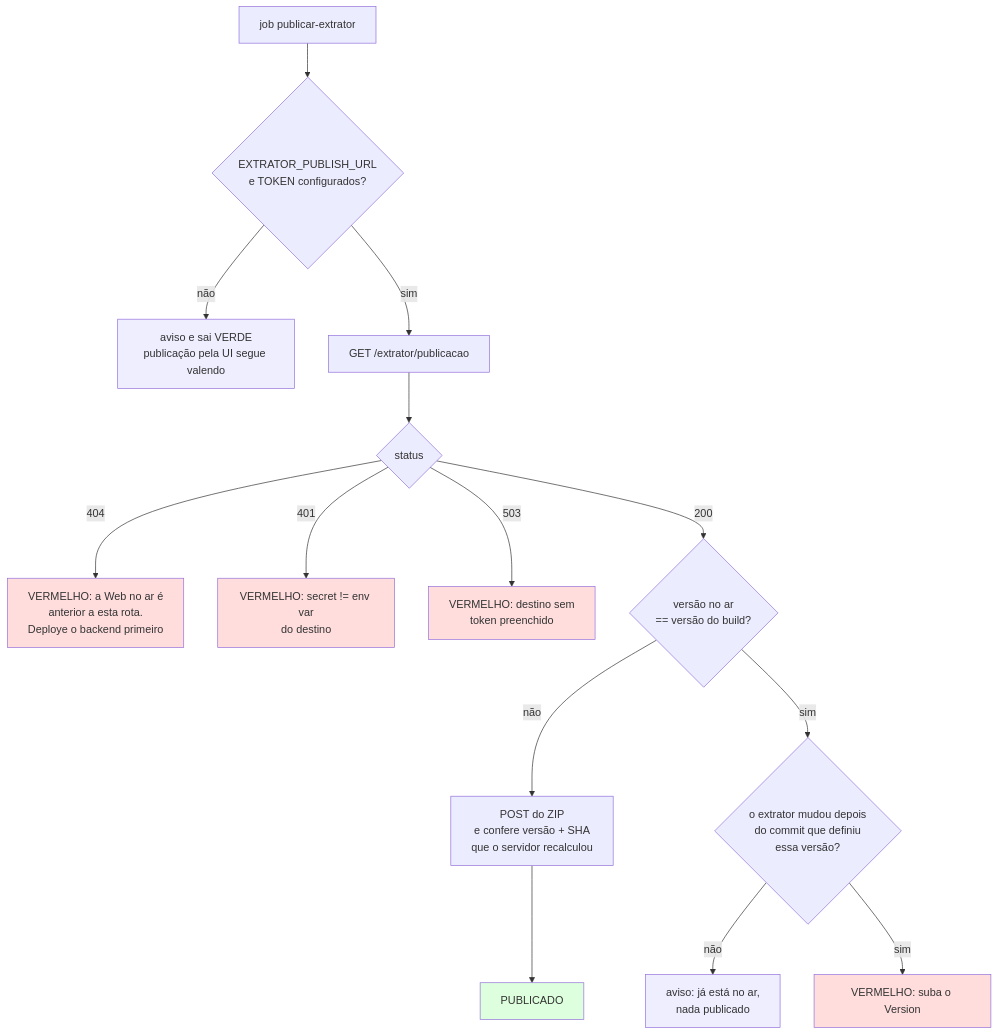
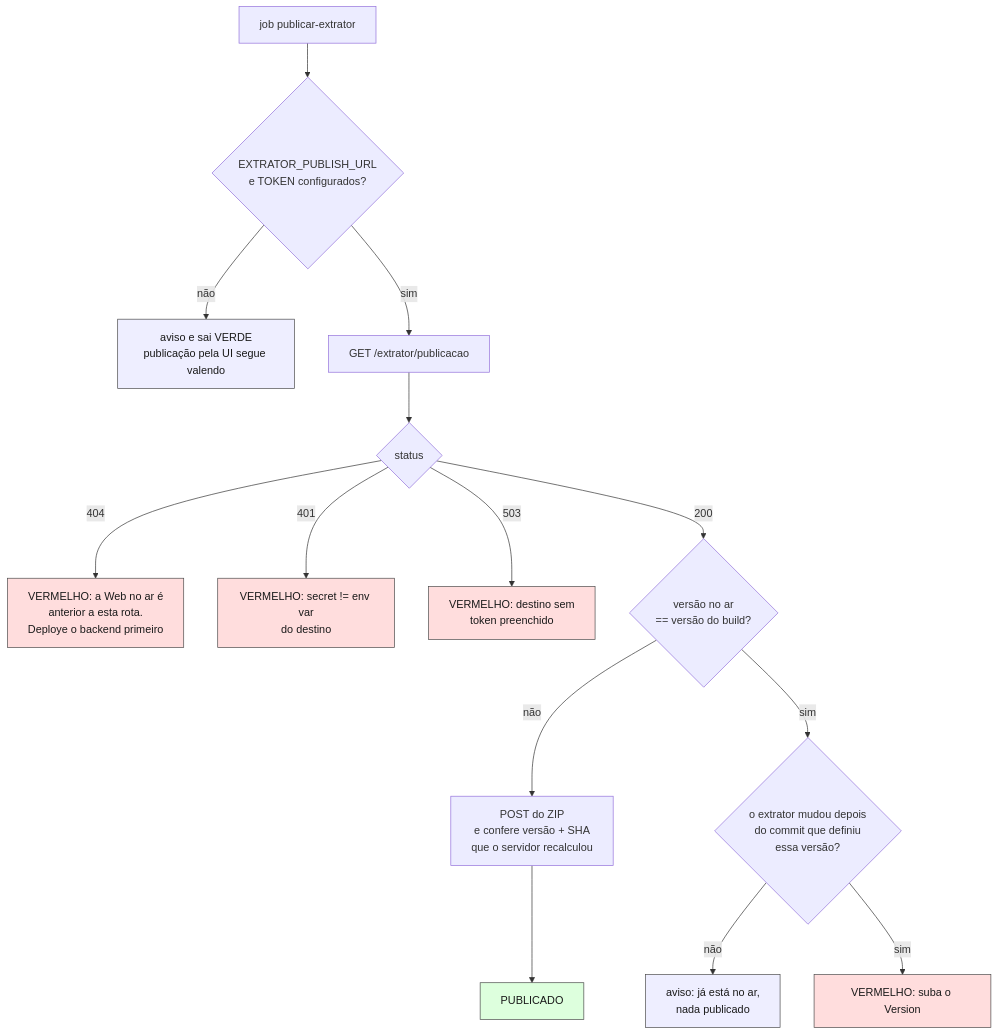
One commit to procfit/MLDemandForcastPOC changed the eighth of 9 diagrams in Docs/fluxo-de-entrega.md. Above: the diagram before and after it, drawn with Mermaid. The commit also changed other lines of this file, not shown here.

First line of the commit message:
fix(docs): pin label color on the styled diagram nodes

````diff
--- a/Docs/fluxo-de-entrega.md
+++ b/Docs/fluxo-de-entrega.md
@@ -238,27 +238,27 @@
 ```mermaid
 flowchart TB
     ST["job publicar-extrator"] --> CFG{"EXTRATOR_PUBLISH_URL<br/>e TOKEN configurados?"}
     CFG -->|não| SKIP["aviso e sai VERDE<br/>publicação pela UI segue valendo"]
     CFG -->|sim| GET["GET /extrator/publicacao"]
 
     GET --> ST404{"status"}
     ST404 -->|"404"| E404["VERMELHO: a Web no ar é<br/>anterior a esta rota.<br/>Deploye o backend primeiro"]
     ST404 -->|"401"| E401["VERMELHO: secret != env var<br/>do destino"]
     ST404 -->|"503"| E503["VERMELHO: destino sem<br/>token preenchido"]
     ST404 -->|"200"| CMP{"versão no ar<br/>== versão do build?"}
 
     CMP -->|"não"| POST["POST do ZIP<br/>e confere versão + SHA<br/>que o servidor recalculou"]
     POST --> DONE["PUBLICADO"]
 
     CMP -->|"sim"| GRD{"o extrator mudou depois<br/>do commit que definiu<br/>essa versão?"}
     GRD -->|"não"| NOP["aviso: já está no ar,<br/>nada publicado"]
     GRD -->|"sim"| EBMP["VERMELHO: suba o Version"]
 
-    style DONE fill:#dfd
-    style SKIP fill:#eef
-    style NOP fill:#eef
-    style EBMP fill:#fdd
-    style E404 fill:#fdd
-    style E401 fill:#fdd
-    style E503 fill:#fdd
+    style DONE fill:#dfd,stroke:#4a4a4a,color:#1a1a1a
+    style SKIP fill:#eef,stroke:#4a4a4a,color:#1a1a1a
+    style NOP fill:#eef,stroke:#4a4a4a,color:#1a1a1a
+    style EBMP fill:#fdd,stroke:#4a4a4a,color:#1a1a1a
+    style E404 fill:#fdd,stroke:#4a4a4a,color:#1a1a1a
+    style E401 fill:#fdd,stroke:#4a4a4a,color:#1a1a1a
+    style E503 fill:#fdd,stroke:#4a4a4a,color:#1a1a1a
 ```
````
